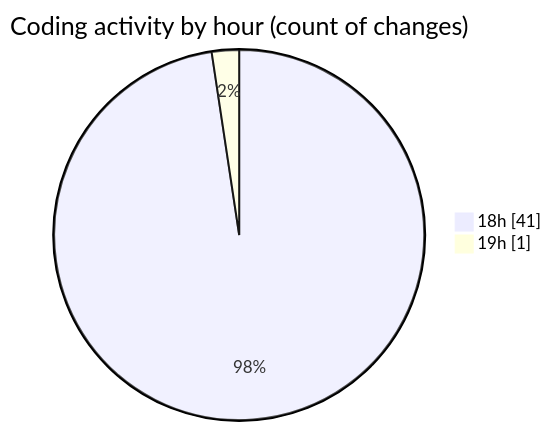
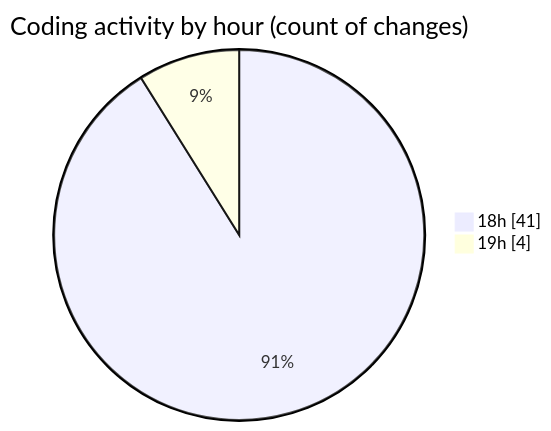
Before and after one commit to donsfak/code-tracking: the second of 2 diagrams in 2025-01-13/trackers_app/README.md, drawn with Mermaid. The commit also changed other lines of this file and 1 other file, not shown here.

````diff
--- a/2025-01-13/trackers_app/README.md
+++ b/2025-01-13/trackers_app/README.md
@@ -31,6 +32,6 @@
 ```mermaid
 pie showData
 title Coding activity by hour (count of changes)
 "18h" : 41
-"19h" : 1
+"19h" : 4
 ```
````
